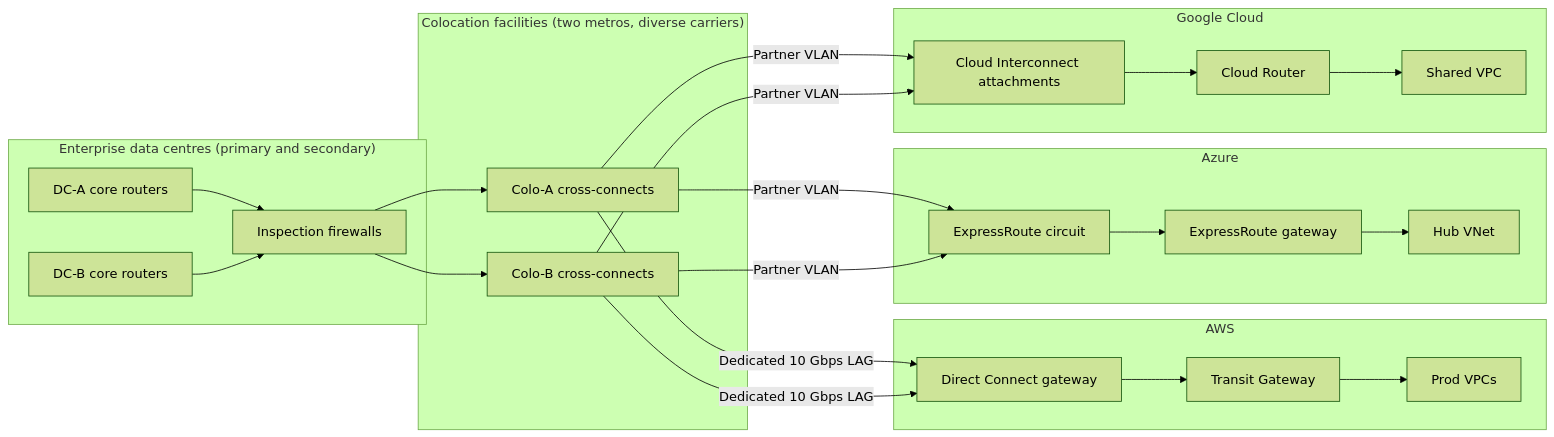
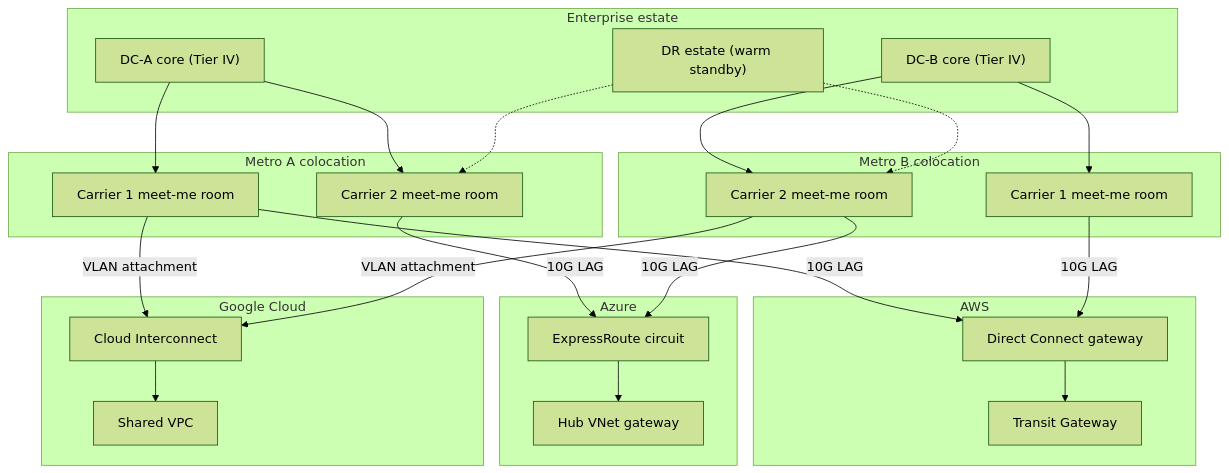
One commit to Adamson-lab/multicloud-interconnect-design changed the first of 15 diagrams in README.md. Above: the diagram before and after it, drawn with Mermaid (forest theme). The commit also changed other lines of this file, not shown here.

Commit message:
Restore README with all 15 diagrams

````diff
--- a/README.md
+++ b/README.md
@@ -18,43 +33,51 @@
 ```mermaid
-flowchart LR
-  subgraph ENT["Enterprise data centres (primary and secondary)"]
-    DCA["DC-A core routers"]
-    DCB["DC-B core routers"]
-    FW["Inspection firewalls"]
+flowchart TB
+  subgraph ENT["Enterprise estate"]
+    DCA["DC-A core (Tier IV)"]
+    DCB["DC-B core (Tier IV)"]
+    DRS["DR estate (warm standby)"]
   end
 
-  subgraph COLO["Colocation facilities (two metros, diverse carriers)"]
-    XA["Colo-A cross-connects"]
-    XB["Colo-B cross-connects"]
+  subgraph MA["Metro A colocation"]
+    A1["Carrier 1 meet-me room"]
+    A2["Carrier 2 meet-me room"]
+  end
+
+  subgraph MB["Metro B colocation"]
+    B1["Carrier 1 meet-me room"]
+    B2["Carrier 2 meet-me room"]
   end
 
   subgraph AWS["AWS"]
-    DX["Direct Connect gateway"]
+    DXG["Direct Connect gateway"]
     TGW["Transit Gateway"]
-    VPCA["Prod VPCs"]
   end
 
   subgraph AZ["Azure"]
     ERC["ExpressRoute circuit"]
-    VGW["ExpressRoute gateway"]
-    VNETA["Hub VNet"]
+    HUB["Hub VNet gateway"]
   end
 
   subgraph GCP["Google Cloud"]
-    CI["Cloud Interconnect attachments"]
-    CR["Cloud Router"]
-    VPCG["Shared VPC"]
+    CI["Cloud Interconnect"]
+    SVPC["Shared VPC"]
   end
 
-  DCA --> FW --> XA
-  DCB --> FW --> XB
-  XA -->|"Dedicated 10 Gbps LAG"| DX
-  XB -->|"Dedicated 10 Gbps LAG"| DX
-  XA -->|"Partner VLAN"| ERC
-  XB -->|"Partner VLAN"| ERC
-  XA -->|"Partner VLAN"| CI
-  XB -->|"Partner VLAN"| CI
-  DX --> TGW --> VPCA
-  ERC --> VGW --> VNETA
-  CI --> CR --> VPCG
+  DCA --> A1
+  DCA --> A2
+  DCB --> B1
+  DCB --> B2
+  DRS -.-> A2
+  DRS -.-> B2
+
+  A1 -->|"10G LAG"| DXG
+  B1 -->|"10G LAG"| DXG
+  A2 -->|"10G LAG"| ERC
+  B2 -->|"10G LAG"| ERC
+  A1 -->|"VLAN attachment"| CI
+  B2 -->|"VLAN attachment"| CI
+
+  DXG --> TGW
+  ERC --> HUB
+  CI --> SVPC
 ```
````
